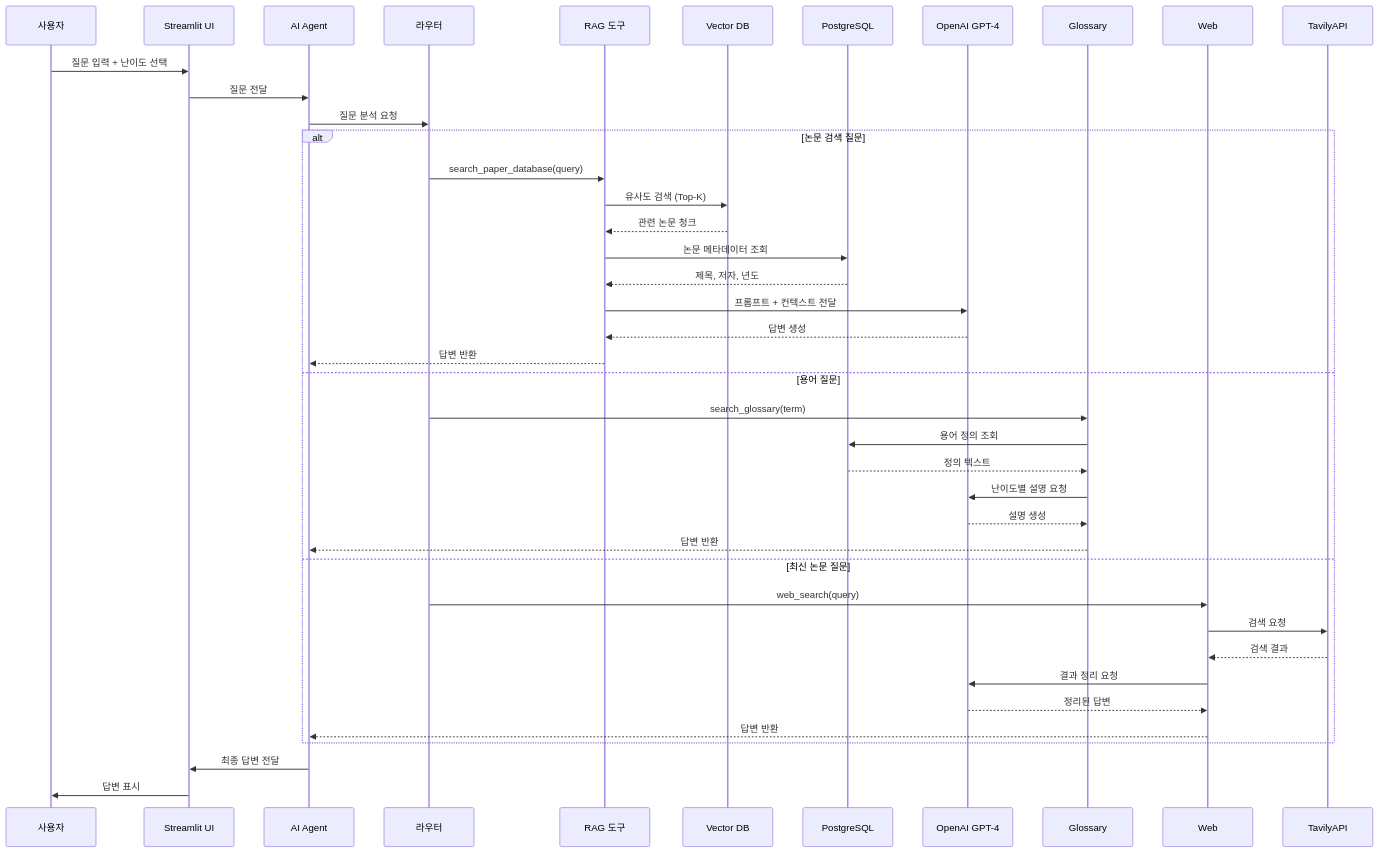
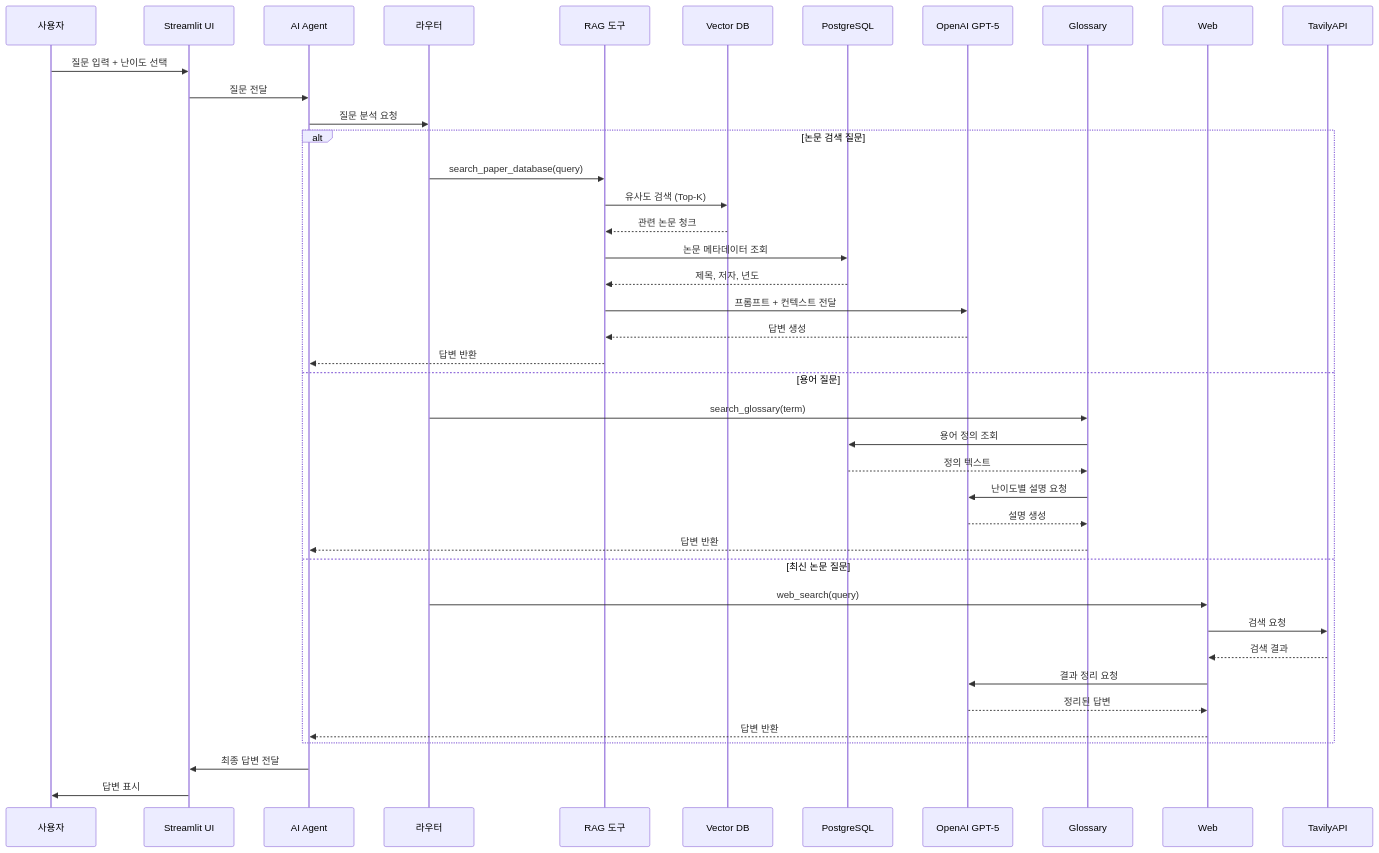
One commit to AIBootcamp14/langchainproject-new-langchainproject_5 changed the second of 3 diagrams in docs/PRD/12_AI_Agent_설계.md. Above: the diagram before and after it, drawn with Mermaid.

Commit message:
docs: AI_Agent_설계 LLM 모델명 업데이트
OpenAI 모델명 변경
- GPT-4 → GPT-5 (설명)

````diff
--- a/docs/PRD/12_AI_Agent_설계.md
+++ b/docs/PRD/12_AI_Agent_설계.md
@@ -129,43 +129,43 @@
 ```mermaid
 sequenceDiagram
     participant U as 사용자
     participant UI as Streamlit UI
     participant A as AI Agent
     participant R as 라우터
     participant RAG as RAG 도구
     participant VDB as Vector DB
     participant PG as PostgreSQL
-    participant LLM as OpenAI GPT-4
+    participant LLM as OpenAI GPT-5
 
     U->>UI: 질문 입력 + 난이도 선택
     UI->>A: 질문 전달
     A->>R: 질문 분석 요청
 
     alt 논문 검색 질문
         R->>RAG: search_paper_database(query)
         RAG->>VDB: 유사도 검색 (Top-K)
         VDB-->>RAG: 관련 논문 청크
         RAG->>PG: 논문 메타데이터 조회
         PG-->>RAG: 제목, 저자, 년도
         RAG->>LLM: 프롬프트 + 컨텍스트 전달
         LLM-->>RAG: 답변 생성
         RAG-->>A: 답변 반환
     else 용어 질문
         R->>Glossary: search_glossary(term)
         Glossary->>PG: 용어 정의 조회
         PG-->>Glossary: 정의 텍스트
         Glossary->>LLM: 난이도별 설명 요청
         LLM-->>Glossary: 설명 생성
         Glossary-->>A: 답변 반환
     else 최신 논문 질문
         R->>Web: web_search(query)
         Web->>TavilyAPI: 검색 요청
         TavilyAPI-->>Web: 검색 결과
         Web->>LLM: 결과 정리 요청
         LLM-->>Web: 정리된 답변
         Web-->>A: 답변 반환
     end
 
     A->>UI: 최종 답변 전달
     UI->>U: 답변 표시
 ```
````
